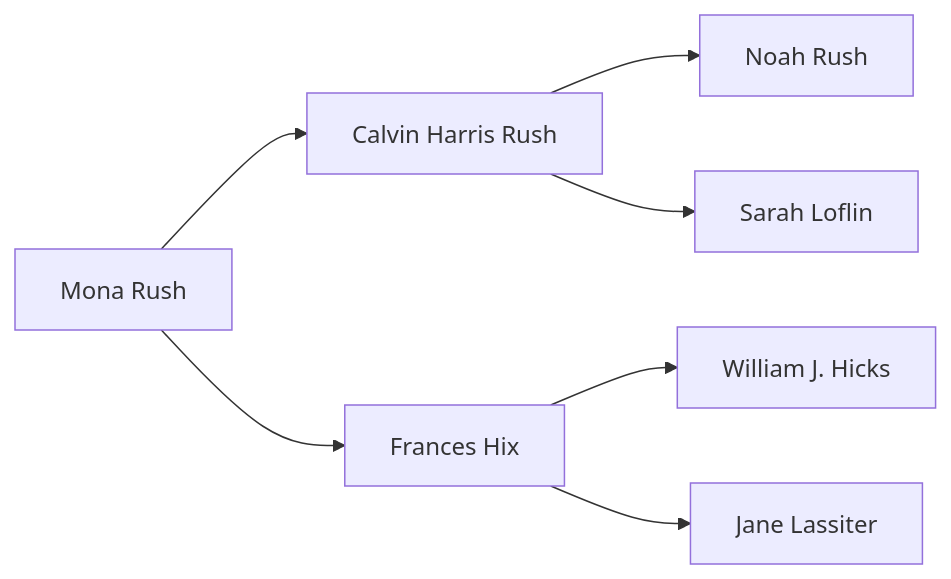
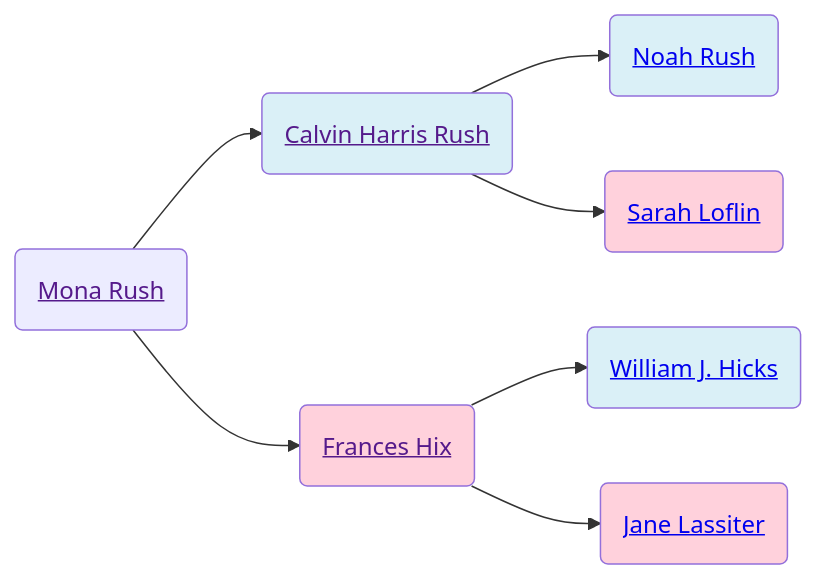
Before and after one commit to neelsmith/avocational: the first of 2 diagrams in familyhistory/sources/people/Rush-line/Mona_Rush.qmd, drawn with Mermaid. The commit also changed other lines of this file and 71 other files, not shown here.

````diff
--- a/familyhistory/sources/people/Rush-line/Mona_Rush.qmd
+++ b/familyhistory/sources/people/Rush-line/Mona_Rush.qmd
@@ -24,9 +33,19 @@
 ```{mermaid}
 graph LR
-Mona_Rush[Mona Rush] -->  Calvin_Harris_Rush[Calvin Harris Rush]
-Calvin_Harris_Rush[Calvin Harris Rush] -->  Noah_Rush[Noah Rush]
-Calvin_Harris_Rush[Calvin Harris Rush]  --> Sarah_Loflin[Sarah Loflin]
-Mona_Rush[Mona Rush]  --> Frances_Hix[Frances Hix]
-Frances_Hix[Frances Hix] -->  William_J._Hicks[William J. Hicks]
-Frances_Hix[Frances Hix]  --> Jane_Lassiter[Jane Lassiter]
+Mona_Rush(<a href=''>Mona Rush</>) -->  Calvin_Harris_Rush(<a href='./Calvin_Harris_Rush.html'>Calvin Harris Rush</>)
+Calvin_Harris_Rush(<a href=''>Calvin Harris Rush</>) -->  Noah_Rush(<a href='./Noah_Rush.html'>Noah Rush</>)
+class Noah_Rush father
+Calvin_Harris_Rush(<a href=''>Calvin Harris Rush</>)  --> Sarah_Loflin(<a href='./../Randolph_county_lines/Loflin/Sarah_Loflin.html'>Sarah Loflin</>)
+class Sarah_Loflin mother
+class Calvin_Harris_Rush father
+Mona_Rush(<a href=''>Mona Rush</>)  --> Frances_Hix(<a href='./../Randolph_county_lines/Hicks/Frances_Hix.html'>Frances Hix</>)
+Frances_Hix(<a href=''>Frances Hix</>) -->  William_J._Hicks(<a href='./William_J._Hicks.html'>William J. Hicks</>)
+class William_J._Hicks father
+Frances_Hix(<a href=''>Frances Hix</>)  --> Jane_Lassiter(<a href='./../Lassiter/Jane_Lassiter.html'>Jane Lassiter</>)
+class Jane_Lassiter mother
+class Frances_Hix mother
+classDef mother fill:#ffd1dc
+classDef father fill:#daf0f7  
+classDef marriage fill:#ffffff
+
 ```
````
